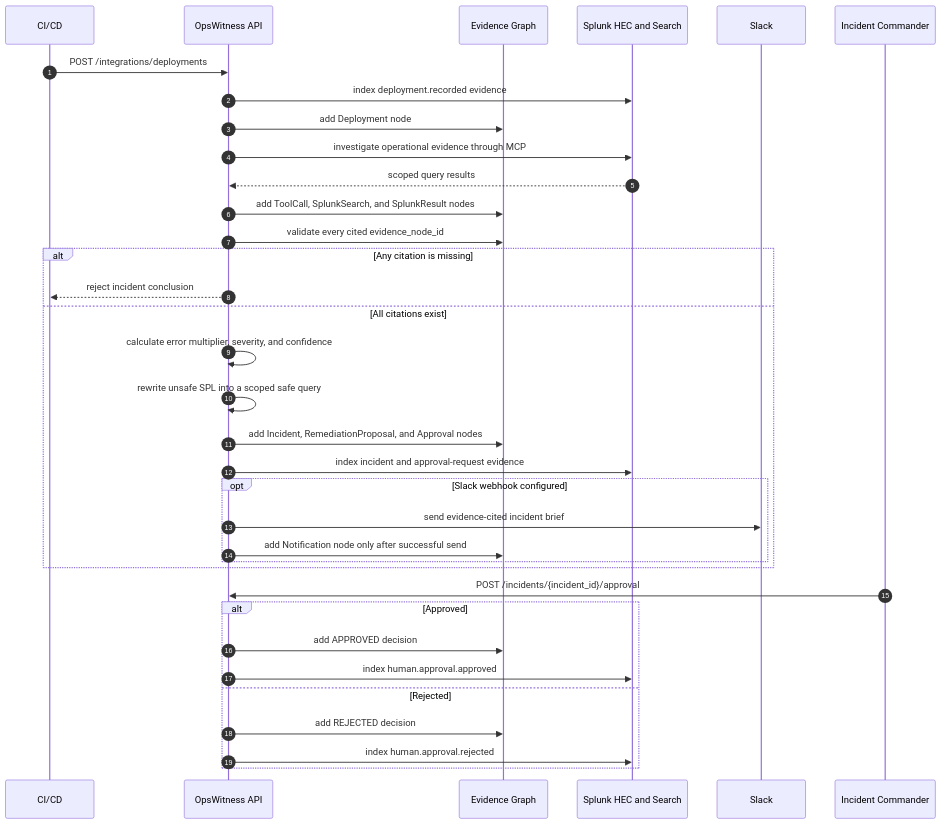
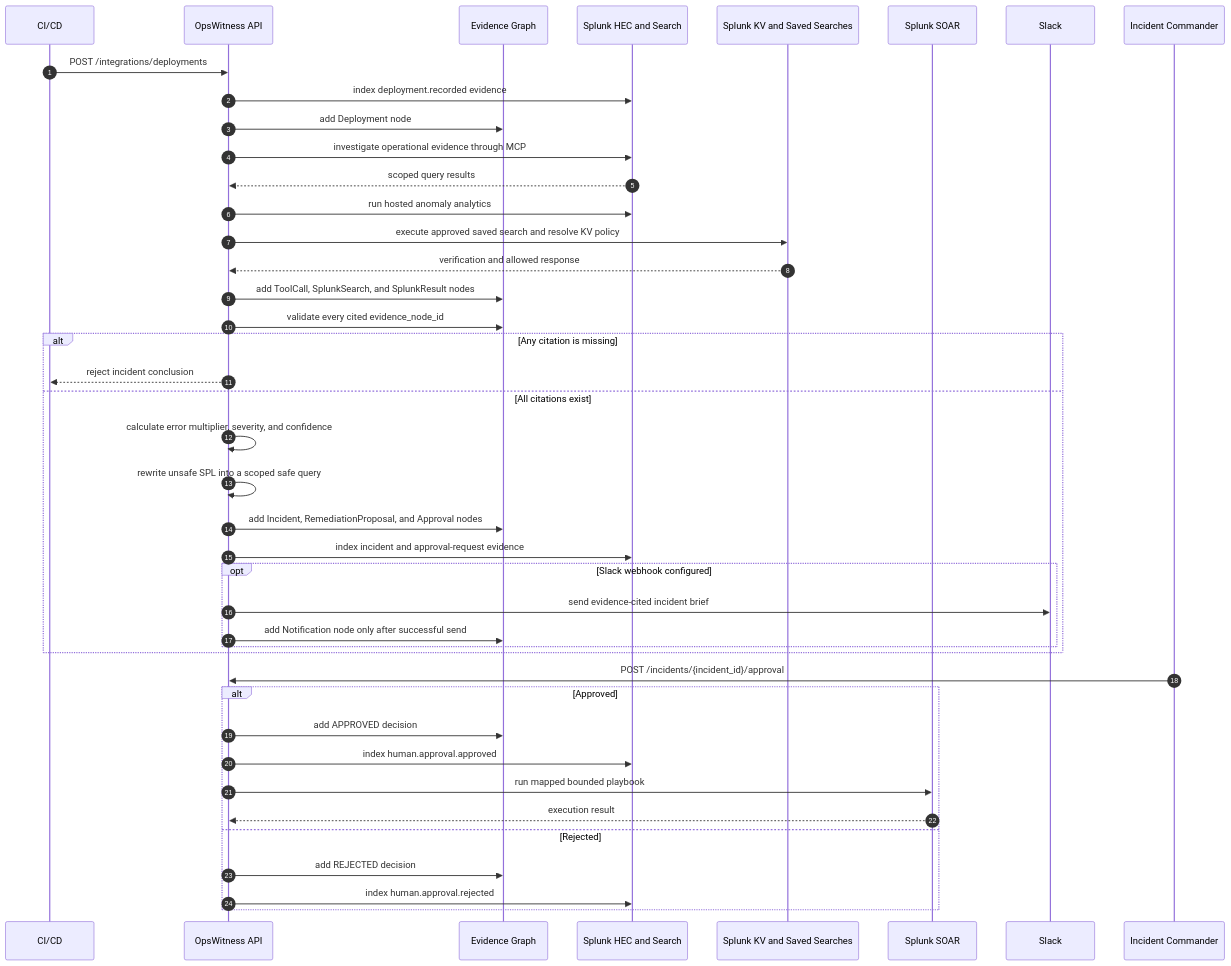
One commit to N-45div/OpsWitness changed the sixth of 7 diagrams in architecture_diagram.md. Above: the diagram before and after it, drawn with Mermaid. The commit also changed other lines of this file and 5 other files, not shown here.

````diff
--- a/architecture_diagram.md
+++ b/architecture_diagram.md
@@ -201,41 +220,48 @@
 ```mermaid
 sequenceDiagram
   autonumber
   participant CICD as CI/CD
   participant API as OpsWitness API
   participant Graph as Evidence Graph
   participant Splunk as Splunk HEC and Search
+  participant Policy as Splunk KV and Saved Searches
+  participant SOAR as Splunk SOAR
   participant Slack as Slack
   participant Human as Incident Commander
 
   CICD->>API: POST /integrations/deployments
   API->>Splunk: index deployment.recorded evidence
   API->>Graph: add Deployment node
 
   API->>Splunk: investigate operational evidence through MCP
   Splunk-->>API: scoped query results
+  API->>Splunk: run hosted anomaly analytics
+  API->>Policy: execute approved saved search and resolve KV policy
+  Policy-->>API: verification and allowed response
   API->>Graph: add ToolCall, SplunkSearch, and SplunkResult nodes
 
   API->>Graph: validate every cited evidence_node_id
   alt Any citation is missing
     API-->>CICD: reject incident conclusion
   else All citations exist
     API->>API: calculate error multiplier, severity, and confidence
     API->>API: rewrite unsafe SPL into a scoped safe query
     API->>Graph: add Incident, RemediationProposal, and Approval nodes
     API->>Splunk: index incident and approval-request evidence
     opt Slack webhook configured
       API->>Slack: send evidence-cited incident brief
       API->>Graph: add Notification node only after successful send
     end
   end
 
   Human->>API: POST /incidents/{incident_id}/approval
   alt Approved
     API->>Graph: add APPROVED decision
     API->>Splunk: index human.approval.approved
+    API->>SOAR: run mapped bounded playbook
+    SOAR-->>API: execution result
   else Rejected
     API->>Graph: add REJECTED decision
     API->>Splunk: index human.approval.rejected
   end
 ```
````
